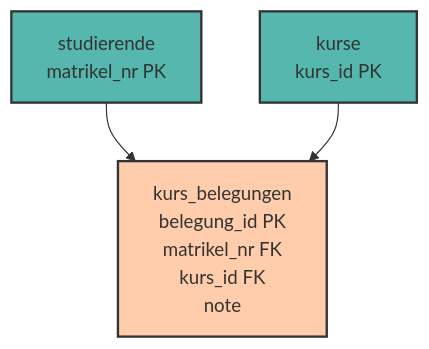
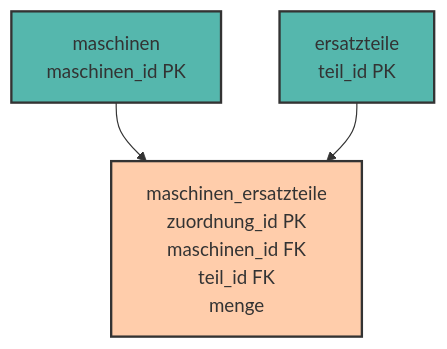
The second of 2 diagrams in docs/database/modellierung.md (mciwing/data-campus), drawn with Mermaid before and after one commit. The commit also changed other lines of this file and 9 other files, not shown here.

````diff
--- a/docs/database/modellierung.md
+++ b/docs/database/modellierung.md
@@ -380,8 +383,8 @@
 ```mermaid
 graph TD
-    A[studierende<br>matrikel_nr PK]:::teal --> C[kurs_belegungen<br>belegung_id PK<br>matrikel_nr FK<br>kurs_id FK<br>note]:::peach
-    B[kurse<br>kurs_id PK]:::teal --> C
+    A[maschinen<br>maschinen_id PK]:::teal --> C[maschinen_ersatzteile<br>zuordnung_id PK<br>maschinen_id FK<br>teil_id FK<br>menge]:::peach
+    B[ersatzteile<br>teil_id PK]:::teal --> C
 
     classDef peach fill:#FFB482aa,stroke:#333,stroke-width:2px;
     classDef teal fill:#009485aa,stroke:#333,stroke-width:2px;
 ```
````
